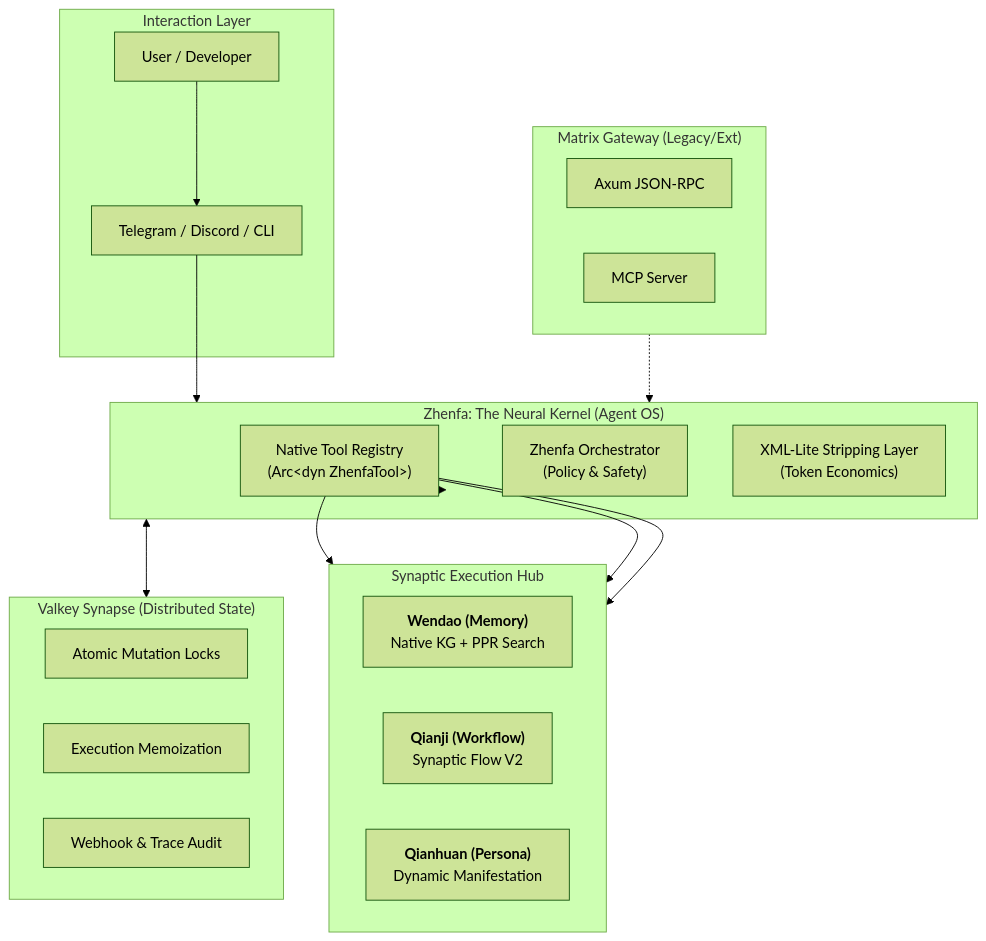
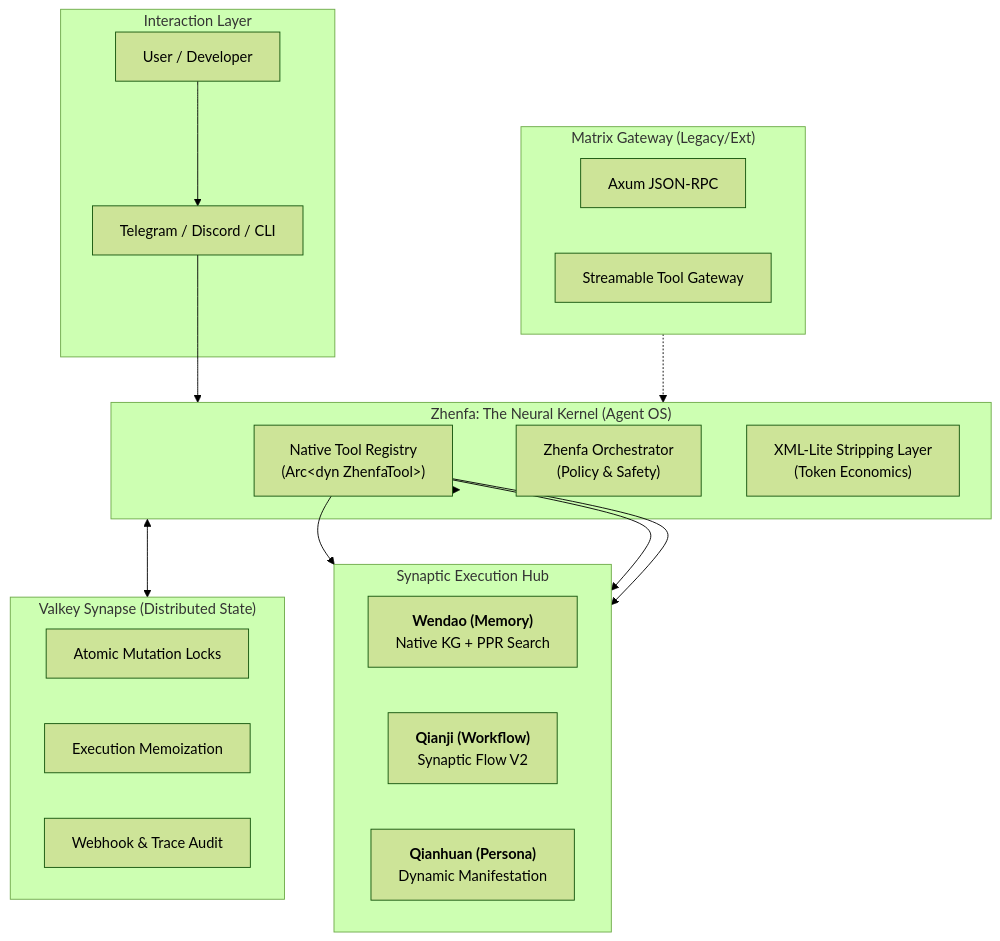
Before and after one commit to lucifer1004/xiuxian-artisan-workshop: the diagram in README.md, drawn with Mermaid (forest theme). The commit also changed other lines of this file and 779 other files, not shown here.

````diff
--- a/README.md
+++ b/README.md
@@ -24,40 +23,40 @@
 ```mermaid
 flowchart TB
     subgraph Client["Interaction Layer"]
         User["User / Developer"]
         IM["Telegram / Discord / CLI"]
     end
 
     subgraph Zhenfa["Zhenfa: The Neural Kernel (Agent OS)"]
         Registry["Native Tool Registry<br/>(Arc&lt;dyn ZhenfaTool&gt;)"]
         Orchestrator["Zhenfa Orchestrator<br/>(Policy & Safety)"]
         Stripper["XML-Lite Stripping Layer<br/>(Token Economics)"]
     end
 
     subgraph SpinalCord["Valkey Synapse (Distributed State)"]
         Locks["Atomic Mutation Locks"]
         Memo["Execution Memoization"]
         Audit["Webhook & Trace Audit"]
     end
 
     subgraph Execution["Synaptic Execution Hub"]
         direction LR
         Wendao["<b>Wendao (Memory)</b><br/>Native KG + PPR Search"]
         Qianji["<b>Qianji (Workflow)</b><br/>Synaptic Flow V2"]
         Qianhuan["<b>Qianhuan (Persona)</b><br/>Dynamic Manifestation"]
     end
 
     subgraph External["Matrix Gateway (Legacy/Ext)"]
         HTTP["Axum JSON-RPC"]
-        MCP["MCP Server"]
+        ToolGateway["Streamable Tool Gateway"]
     end
 
     User --> IM
     IM --> Zhenfa
     Zhenfa <--> SpinalCord
     Zhenfa --> Registry
     Registry --> Wendao
     Registry --> Qianji
     Registry --> Qianhuan
     External -.-> Zhenfa
 ```
````
